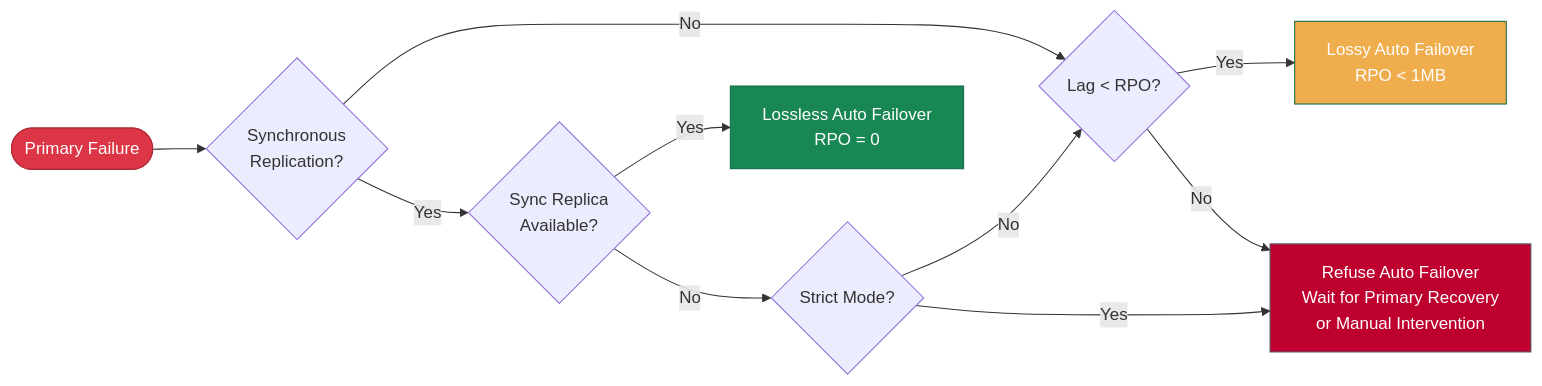
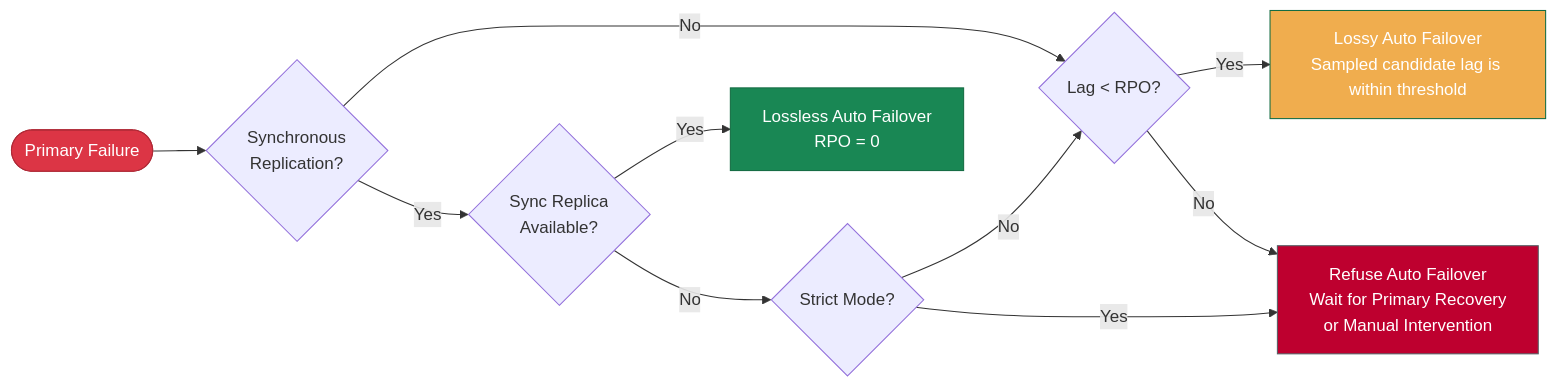
Before and after one commit to pgsty/pigsty.io: the diagram in content/docs/concept/ha/rpo.md, drawn with Mermaid. The commit also changed other lines of this file and 206 other files, not shown here.

````diff
--- a/content/docs/concept/ha/rpo.md
+++ b/content/docs/concept/ha/rpo.md
@@ -36,21 +35,21 @@
 ```mermaid
 flowchart LR
     A([Primary Failure]) --> B{Synchronous<br/>Replication?}
 
     B -->|No| C{Lag < RPO?}
     B -->|Yes| D{Sync Replica<br/>Available?}
 
-    C -->|Yes| E[Lossy Auto Failover<br/>RPO < 1MB]
+    C -->|Yes| E[Lossy Auto Failover<br/>Sampled candidate lag is within threshold]
     C -->|No| F[Refuse Auto Failover<br/>Wait for Primary Recovery<br/>or Manual Intervention]
 
     D -->|Yes| G[Lossless Auto Failover<br/>RPO = 0]
     D -->|No| H{Strict Mode?}
 
     H -->|No| C
     H -->|Yes| F
 
     style A fill:#dc3545,stroke:#b02a37,color:#fff
     style E fill:#F0AD4E,stroke:#146c43,color:#fff
     style G fill:#198754,stroke:#146c43,color:#fff
     style F fill:#BE002F,stroke:#565e64,color:#fff
 ```
````
